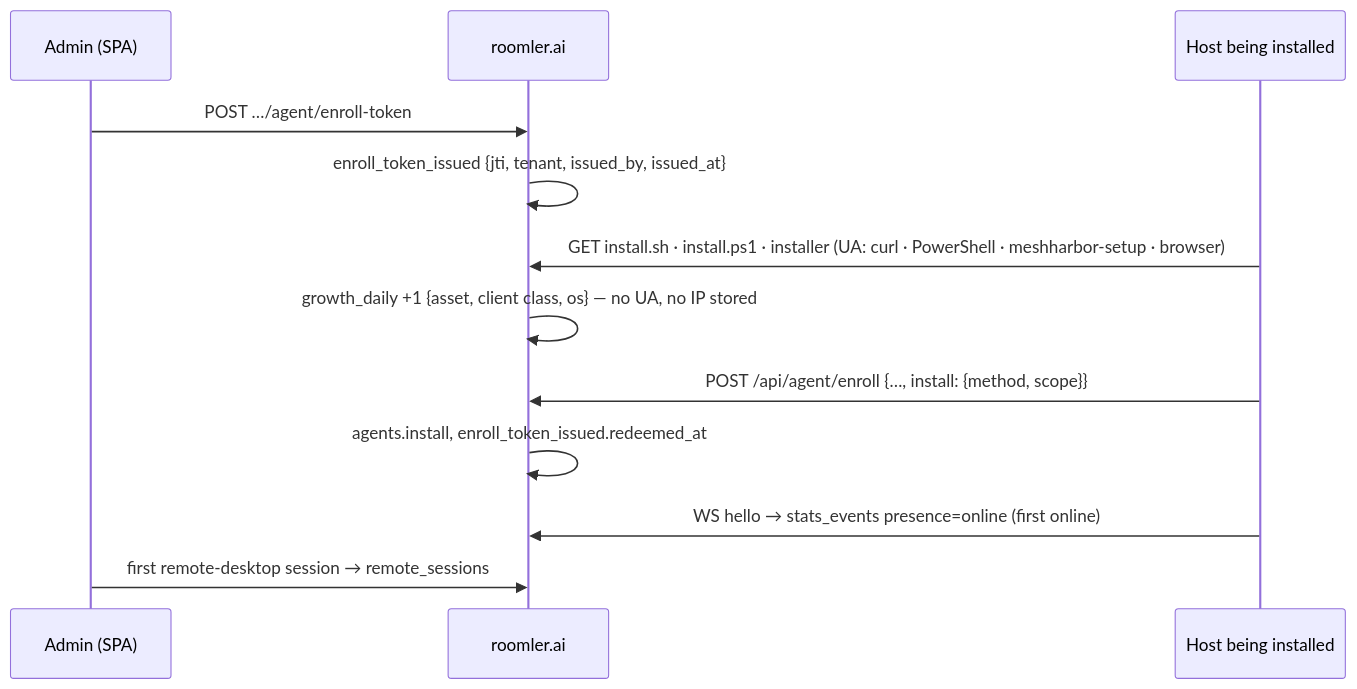
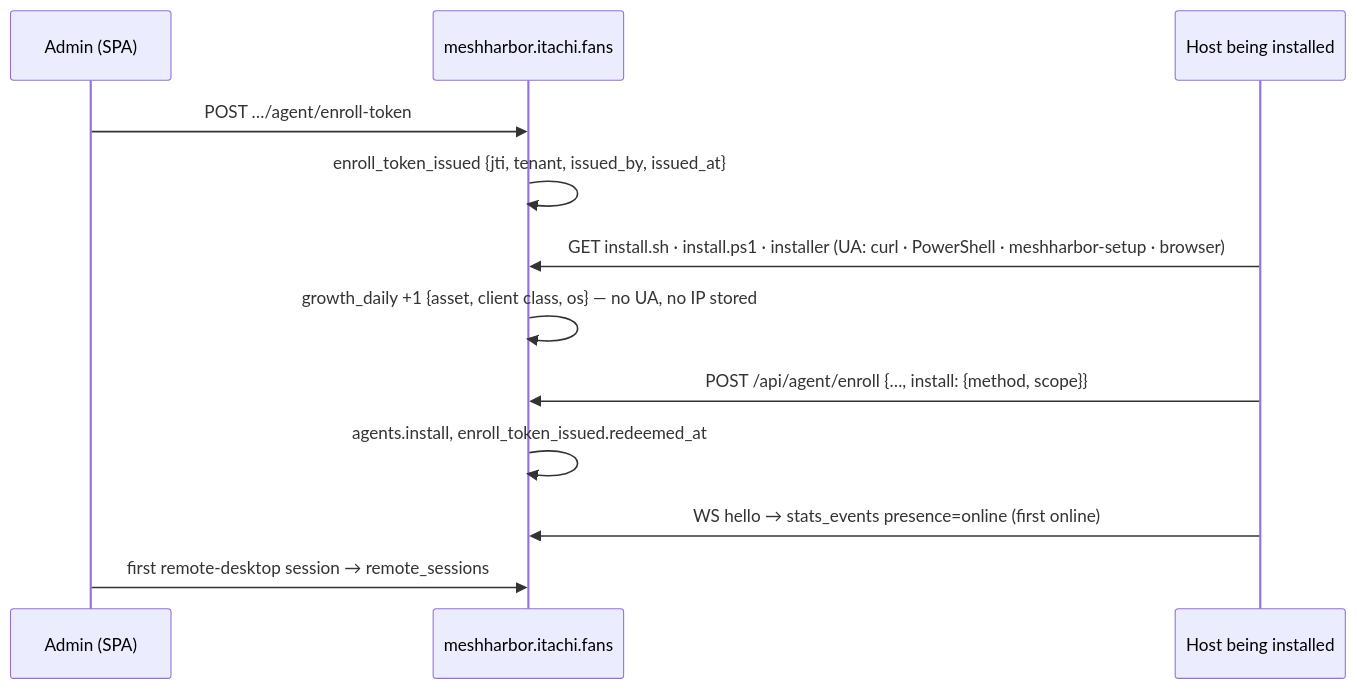
Before and after one commit to jk-zhang-meta/MeshHarbor: the second of 2 diagrams in docs/fr/FR-102-growth-observability.md, drawn with Mermaid. The commit also changed other lines of this file and 682 other files, not shown here.

````diff
--- a/docs/fr/FR-102-growth-observability.md
+++ b/docs/fr/FR-102-growth-observability.md
@@ -223,14 +223,14 @@
 ```mermaid
 sequenceDiagram
     participant A as Admin (SPA)
-    participant S as roomler.ai
+    participant S as meshharbor.itachi.fans
     participant H as Host being installed
     A->>S: POST …/agent/enroll-token
     S->>S: enroll_token_issued {jti, tenant, issued_by, issued_at}
     H->>S: GET install.sh · install.ps1 · installer (UA: curl · PowerShell · meshharbor-setup · browser)
     S->>S: growth_daily +1 {asset, client class, os} — no UA, no IP stored
     H->>S: POST /api/agent/enroll {…, install: {method, scope}}
     S->>S: agents.install, enroll_token_issued.redeemed_at
     H->>S: WS hello → stats_events presence=online (first online)
     A->>S: first remote-desktop session → remote_sessions
 ```
````
